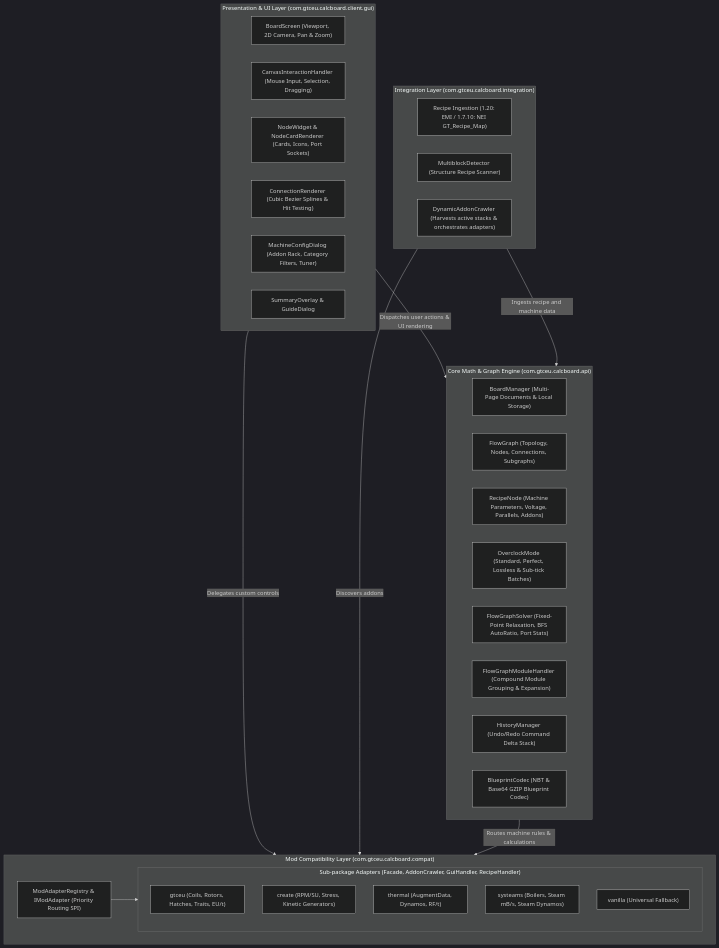
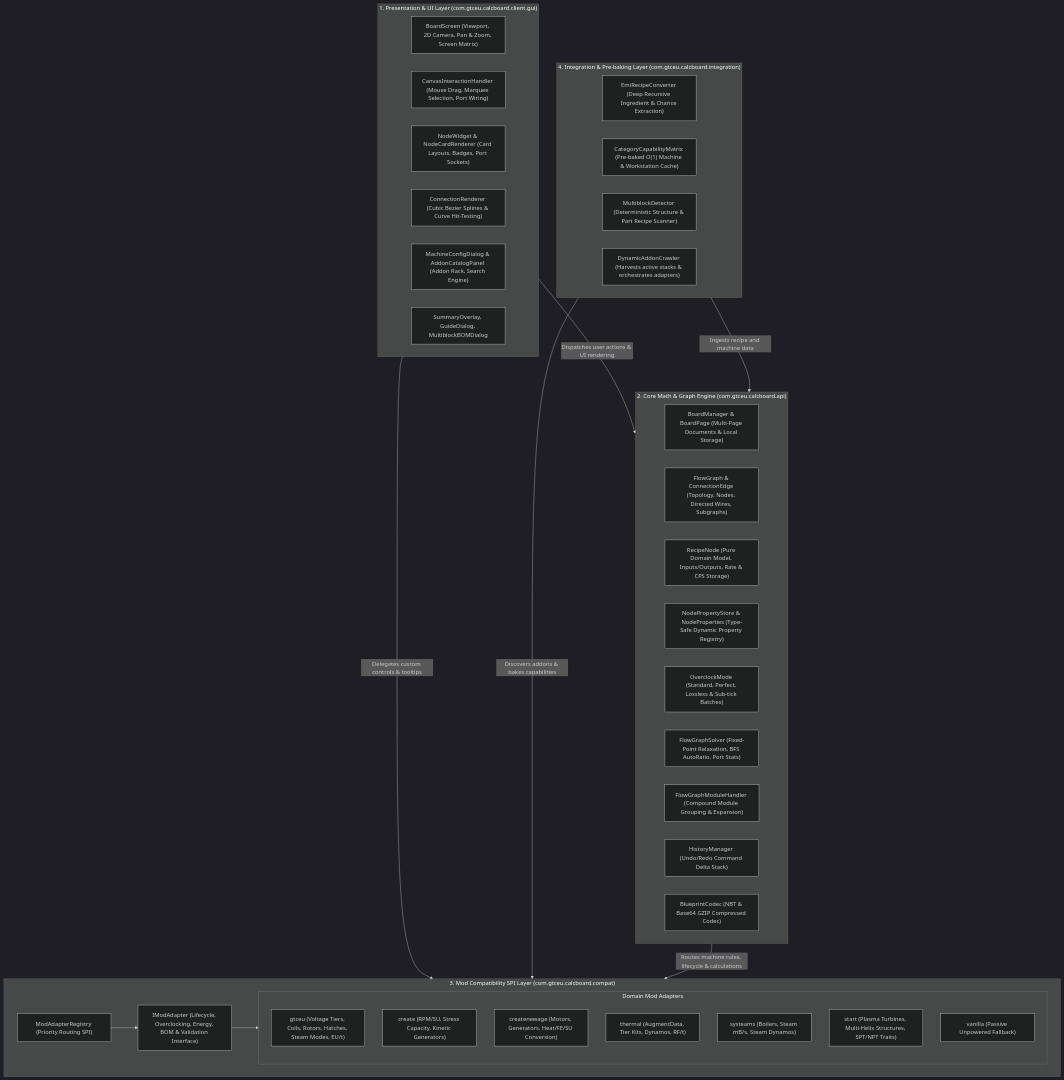
One commit to Amvermain/GregTechCalculatorBoard changed the first of 3 diagrams in docs/ARCHITECTURE.md. Above: the diagram before and after it, drawn with Mermaid (dark theme). The commit also changed other lines of this file and 132 other files, not shown here.

````diff
--- a/docs/ARCHITECTURE.md
+++ b/docs/ARCHITECTURE.md
@@ -16,46 +20,52 @@
 ```mermaid
 graph TD
-    subgraph UI["Presentation & UI Layer (com.gtceu.calcboard.client.gui)"]
-        BS["BoardScreen (Viewport, 2D Camera, Pan & Zoom)"]
-        CIH["CanvasInteractionHandler (Mouse Input, Selection, Dragging)"]
-        Widgets["NodeWidget & NodeCardRenderer (Cards, Icons, Port Sockets)"]
-        CR["ConnectionRenderer (Cubic Bezier Splines & Hit Testing)"]
-        Dialogs["MachineConfigDialog (Addon Rack, Category Filters, Tuner)"]
-        Overlays["SummaryOverlay & GuideDialog"]
+    subgraph UI["1. Presentation & UI Layer (com.gtceu.calcboard.client.gui)"]
+        BS["BoardScreen (Viewport, 2D Camera, Pan & Zoom, Screen Matrix)"]
+        CIH["CanvasInteractionHandler (Mouse Drag, Marquee Selection, Port Wiring)"]
+        Widgets["NodeWidget & NodeCardRenderer (Card Layouts, Badges, Port Sockets)"]
+        CR["ConnectionRenderer (Cubic Bezier Splines & Curve Hit-Testing)"]
+        Dialogs["MachineConfigDialog & AddonCatalogPanel (Addon Rack, Search Engine)"]
+        Overlays["SummaryOverlay, GuideDialog, MultiblockBOMDialog"]
     end
 
-    subgraph Core["Core Math & Graph Engine (com.gtceu.calcboard.api)"]
-        BM["BoardManager (Multi-Page Documents & Local Storage)"]
-        FG["FlowGraph (Topology, Nodes, Connections, Subgraphs)"]
-        RN["RecipeNode (Machine Parameters, Voltage, Parallels, Addons)"]
+    subgraph Core["2. Core Math & Graph Engine (com.gtceu.calcboard.api)"]
+        BM["BoardManager & BoardPage (Multi-Page Documents & Local Storage)"]
+        FG["FlowGraph & ConnectionEdge (Topology, Nodes, Directed Wires, Subgraphs)"]
+        RN["RecipeNode (Pure Domain Model, Inputs/Outputs, Rate & CPS Storage)"]
+        NPS["NodePropertyStore & NodeProperties (Type-Safe Dynamic Property Registry)"]
         OC["OverclockMode (Standard, Perfect, Lossless & Sub-tick Batches)"]
         FGS["FlowGraphSolver (Fixed-Point Relaxation, BFS AutoRatio, Port Stats)"]
         FGMH["FlowGraphModuleHandler (Compound Module Grouping & Expansion)"]
         HM["HistoryManager (Undo/Redo Command Delta Stack)"]
-        BC["BlueprintCodec (NBT & Base64 GZIP Blueprint Codec)"]
+        BC["BlueprintCodec (NBT & Base64 GZIP Compressed Codec)"]
     end
 
-    subgraph Compat["Mod Compatibility Layer (com.gtceu.calcboard.compat)"]
-        MAR["ModAdapterRegistry & IModAdapter (Priority Routing SPI)"]
-        subgraph Adapters["Sub-package Adapters (Facade, AddonCrawler, GuiHandler, RecipeHandler)"]
-            GT["gtceu (Coils, Rotors, Hatches, Traits, EU/t)"]
-            CR_MOD["create (RPM/SU, Stress, Kinetic Generators)"]
-            TH["thermal (AugmentData, Dynamos, RF/t)"]
+    subgraph Compat["3. Mod Compatibility SPI Layer (com.gtceu.calcboard.compat)"]
+        MAR["ModAdapterRegistry (Priority Routing SPI)"]
+        IMA["IModAdapter (Lifecycle, Overclocking, Energy, BOM & Validation Interface)"]
+        subgraph Adapters["Domain Mod Adapters"]
+            GT["gtceu (Voltage Tiers, Coils, Rotors, Hatches, Steam Modes, EU/t)"]
+            CR_MOD["create (RPM/SU, Stress Capacity, Kinetic Generators)"]
+            CNA["createnewage (Motors, Generators, Heat/FE/SU Conversion)"]
+            TH["thermal (AugmentData, Tier Kits, Dynamos, RF/t)"]
             SY["systeams (Boilers, Steam mB/s, Steam Dynamos)"]
-            VN["vanilla (Universal Fallback)"]
+            ST["start (Plasma Turbines, Multi-Helix Structures, SPT/NPT Traits)"]
+            VN["vanilla (Passive Unpowered Fallback)"]
         end
-        MAR --> Adapters
+        MAR --> IMA
+        IMA --> Adapters
     end
 
-    subgraph Integration["Integration Layer (com.gtceu.calcboard.integration)"]
-        ERC["Recipe Ingestion (1.20: EMI / 1.7.10: NEI GT_Recipe_Map)"]
-        MD["MultiblockDetector (Structure Recipe Scanner)"]
+    subgraph Integration["4. Integration & Pre-baking Layer (com.gtceu.calcboard.integration)"]
+        ERC["EmiRecipeConverter (Deep Recursive Ingredient & Chance Extraction)"]
+        CCM["CategoryCapabilityMatrix (Pre-baked O(1) Machine & Workstation Cache)"]
+        MD["MultiblockDetector (Deterministic Structure & Part Recipe Scanner)"]
         DAC["DynamicAddonCrawler (Harvests active stacks & orchestrates adapters)"]
     end
 
     UI -->|Dispatches user actions & UI rendering| Core
-    UI -->|Delegates custom controls| Compat
+    UI -->|Delegates custom controls & tooltips| Compat
     Integration -->|Ingests recipe and machine data| Core
-    Integration -->|Discovers addons| Compat
-    Core -->|Routes machine rules & calculations| Compat
+    Integration -->|Discovers addons & bakes capabilities| Compat
+    Core -->|Routes machine rules, lifecycle & calculations| Compat
 ```
````
